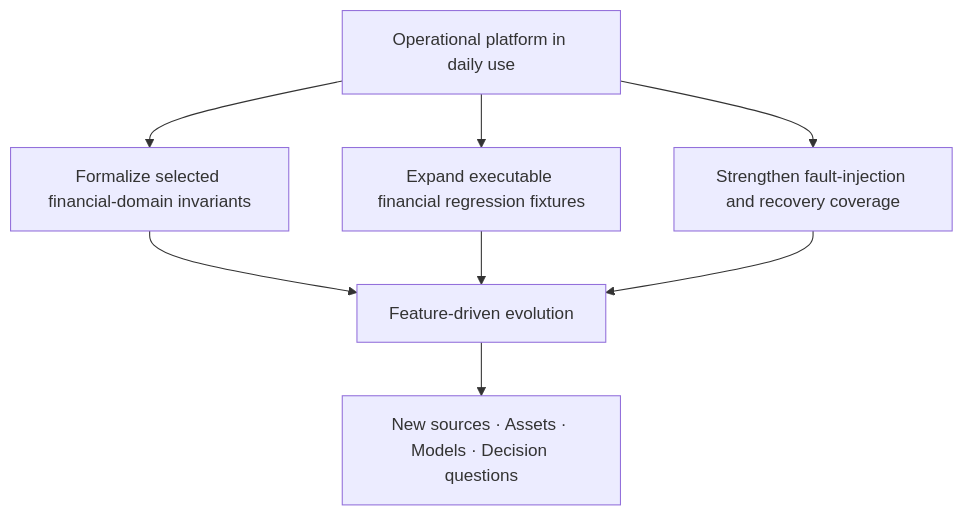
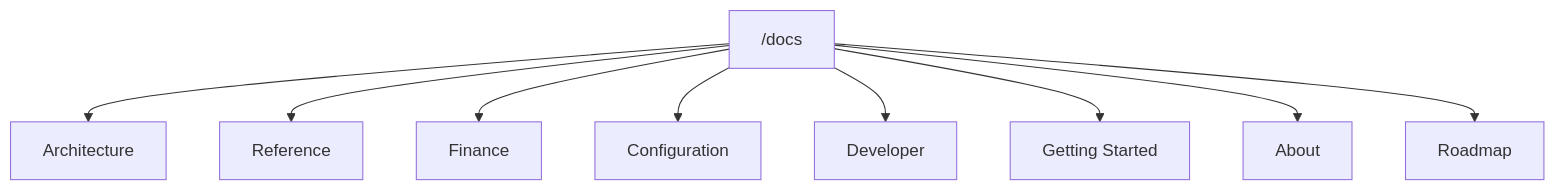
One commit to tks18/personal-finance-etl changed diagram 20 of 20 in README.md. Above: the diagram before and after it, drawn with Mermaid. The commit also changed other lines of this file, not shown here.

````diff
--- a/README.md
+++ b/README.md
@@ -1249,11 +1229,11 @@
 ```mermaid
 flowchart TB
-    NOW["Operational platform in daily use"]
-    NOW --> DOMAIN["Formalize selected financial-domain invariants"]
-    NOW --> TEST["Expand executable financial regression fixtures"]
-    NOW --> OPS["Strengthen fault-injection and recovery coverage"]
-    DOMAIN --> EVOLVE["Feature-driven evolution"]
-    TEST --> EVOLVE
-    OPS --> EVOLVE
-    EVOLVE --> NEW["New sources · Assets · Models · Decision questions"]
+    DOC["/docs"] --> A["Architecture"]
+    DOC --> R["Reference"]
+    DOC --> F["Finance"]
+    DOC --> C["Configuration"]
+    DOC --> D["Developer"]
+    DOC --> G["Getting Started"]
+    DOC --> AB["About"]
+    DOC --> RM["Roadmap"]
 ```
````
